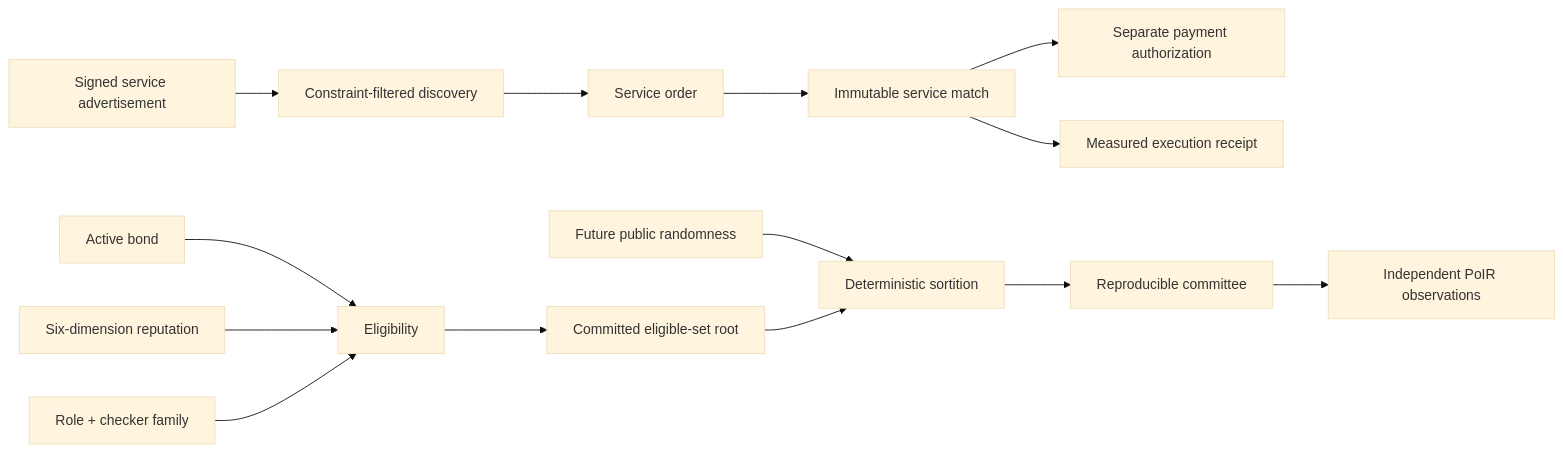
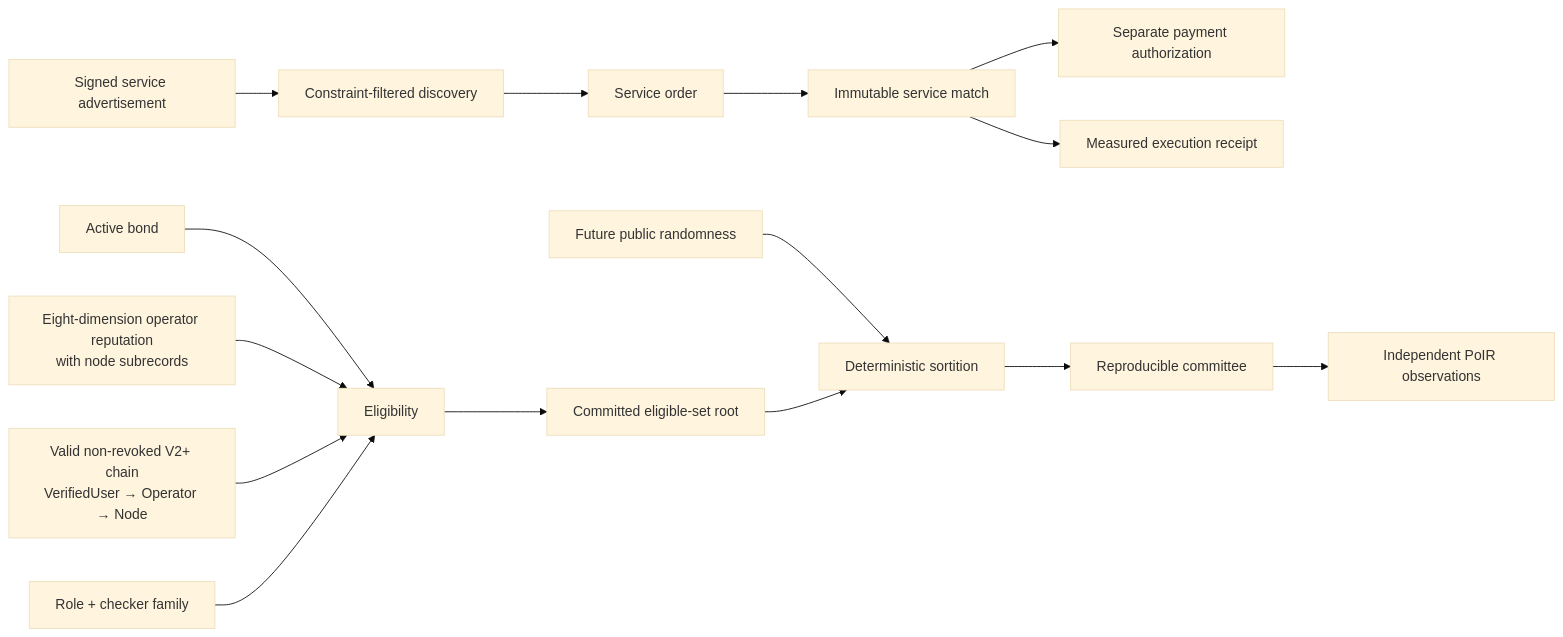
Before and after one commit to jetspace/xlemma-protocol: the second of 10 diagrams in docs/ARCHITECTURE_DIAGRAMS.md, drawn with Mermaid (base theme). The commit also changed other lines of this file and 79 other files, not shown here.

````diff
--- a/docs/ARCHITECTURE_DIAGRAMS.md
+++ b/docs/ARCHITECTURE_DIAGRAMS.md
@@ -33,17 +34,18 @@
 ```mermaid
 flowchart LR
     A[Signed service advertisement] --> D[Constraint-filtered discovery]
     D --> O[Service order]
     O --> M[Immutable service match]
     M --> P[Separate payment authorization]
     M --> X[Measured execution receipt]
 
     B[Active bond] --> EL[Eligibility]
-    RV[Six-dimension reputation] --> EL
+    RV[Eight-dimension operator reputation<br/>with node subrecords] --> EL
+    VC[Valid non-revoked V2+ chain<br/>VerifiedUser → Operator → Node] --> EL
     CF[Role + checker family] --> EL
     EL --> ES[Committed eligible-set root]
     FR[Future public randomness] --> S[Deterministic sortition]
     ES --> S
     S --> C[Reproducible committee]
     C --> POIR[Independent PoIR observations]
 ```
````
